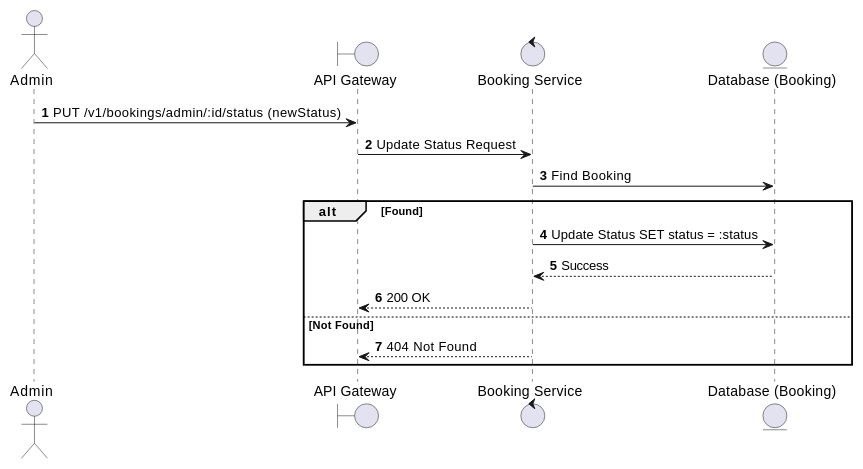
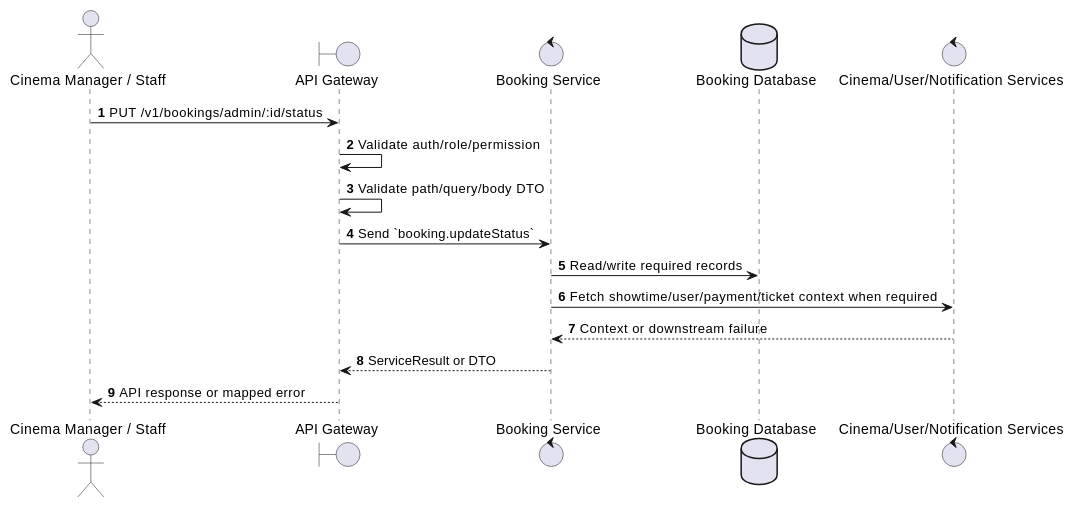
The first of 2 diagrams in docs/functional_specs/3.5.2_Admin_Booking_Operations/BK-A04_Update_Booking_Status.md (Tanh1603/movie-hub-architecture), drawn with PlantUML before and after one commit. The commit also changed other lines of this file and 126 other files, not shown here.

````diff
--- a/docs/functional_specs/3.5.2_Admin_Booking_Operations/BK-A04_Update_Booking_Status.md
+++ b/docs/functional_specs/3.5.2_Admin_Booking_Operations/BK-A04_Update_Booking_Status.md
@@ -17,20 +17,20 @@
 ```plantuml
 @startuml
 autonumber
-actor Admin
+actor "Cinema Manager / Staff" as Actor
 boundary "API Gateway" as GW
-control "Booking Service" as BS
-entity "Database (Booking)" as DB
+control "Booking Service" as SVC
+database "Booking Database" as DB
+control "Cinema/User/Notification Services" as EXT
 
-Admin -> GW: PUT /v1/bookings/admin/:id/status (newStatus)
-GW -> BS: Update Status Request
-BS -> DB: Find Booking
-alt Found
-    BS -> DB: Update Status SET status = :status
-    DB --> BS: Success
-    BS --> GW: 200 OK
-else Not Found
-    BS --> GW: 404 Not Found
-end
+Actor -> GW: PUT /v1/bookings/admin/:id/status
+GW -> GW: Validate auth/role/permission
+GW -> GW: Validate path/query/body DTO
+GW -> SVC: Send `booking.updateStatus`
+SVC -> DB: Read/write required records
+SVC -> EXT: Fetch showtime/user/payment/ticket context when required
+EXT --> SVC: Context or downstream failure
+SVC --> GW: ServiceResult or DTO
+GW --> Actor: API response or mapped error
 @enduml
 ```
````
